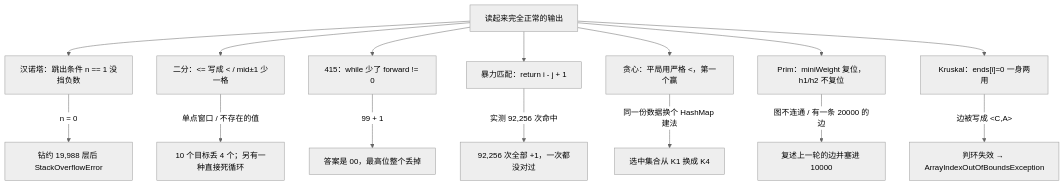
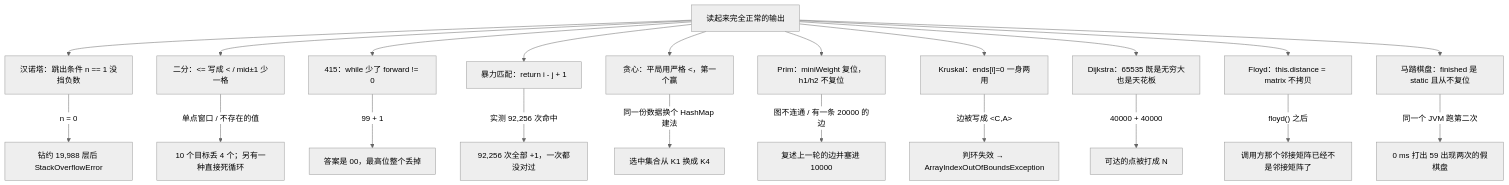
Before and after one commit to c0re-T/algorithm: the second of 2 diagrams in README.md, drawn with Mermaid (neutral theme). The commit also changed other lines of this file and 6 other files, not shown here.

Commit message:
docs: 新增 Dijkstra、Floyd 与马踏棋盘三份笔记，收录 dijkstra/floyd/horse 三个程序并同步 README

````diff
--- a/README.md
+++ b/README.md
@@ -31,18 +34,24 @@
 ```mermaid
 flowchart TD
     E["读起来完全正常的输出"]
     E --> F1["汉诺塔：跳出条件 n == 1 没挡负数"]
     E --> F2["二分：<= 写成 < / mid±1 少一格"]
     E --> F3["415：while 少了 forward != 0"]
     E --> F4["暴力匹配：return i - j + 1"]
     E --> F5["贪心：平局用严格 <，第一个赢"]
     E --> F6["Prim：miniWeight 复位，h1/h2 不复位"]
     E --> F7["Kruskal：ends[i]=0 一身两用"]
+    E --> F8["Dijkstra：65535 既是无穷大也是天花板"]
+    E --> F9["Floyd：this.distance = matrix 不拷贝"]
+    E --> F10["马踏棋盘：finished 是 static 且从不复位"]
     F1 -->|"n = 0"| G1["钻约 19,988 层后 StackOverflowError"]
     F2 -->|"单点窗口 / 不存在的值"| G2["10 个目标丢 4 个；另有一种直接死循环"]
     F3 -->|"99 + 1"| G3["答案是 00，最高位整个丢掉"]
     F4 -->|"实测 92,256 次命中"| G4["92,256 次全部 +1，一次都没对过"]
     F5 -->|"同一份数据换个 HashMap 建法"| G5["选中集合从 K1 换成 K4"]
     F6 -->|"图不连通 / 有一条 20000 的边"| G6["复述上一轮的边并塞进 10000"]
     F7 -->|"边被写成 &lt;C,A&gt;"| G7["判环失效 → ArrayIndexOutOfBoundsException"]
+    F8 -->|"40000 + 40000"| G8["可达的点被打成 N"]
+    F9 -->|"floyd() 之后"| G9["调用方那个邻接矩阵已经不是邻接矩阵了"]
+    F10 -->|"同一个 JVM 跑第二次"| G10["0 ms 打出 59 出现两次的假棋盘"]
 ```
````
